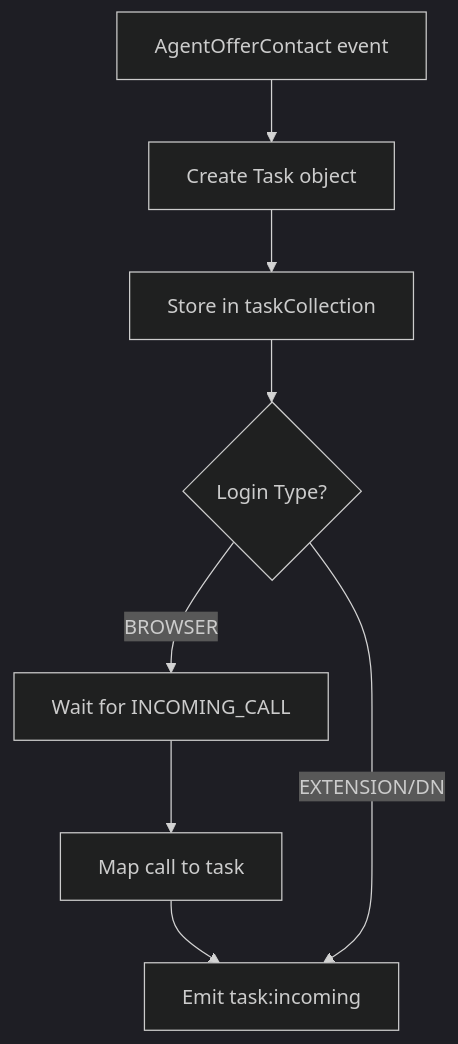
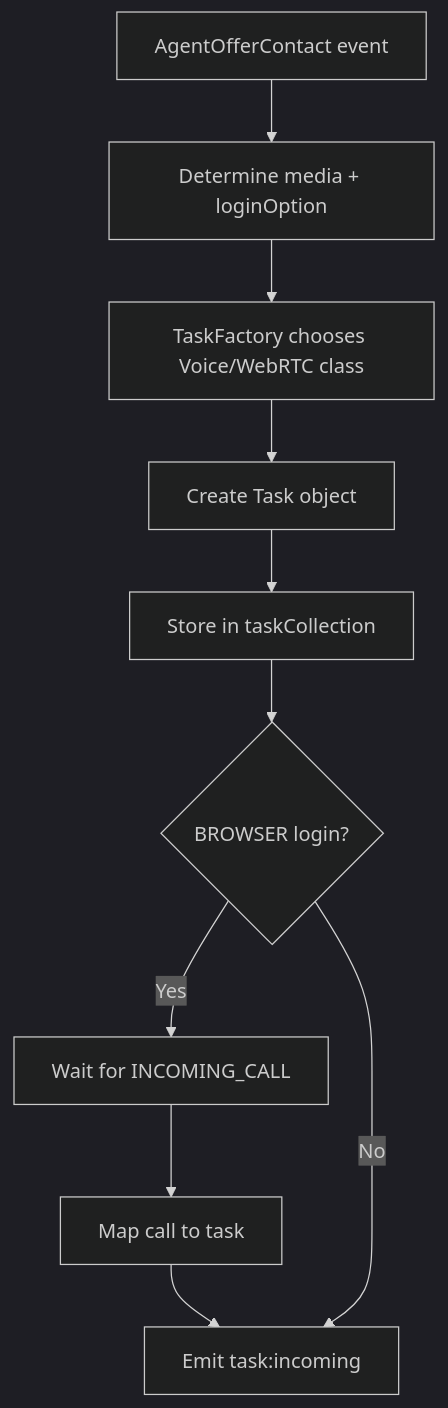
One commit to webex/webex-js-sdk changed the fourth of 4 diagrams in packages/@webex/contact-center/src/services/task/ai-docs/ARCHITECTURE.md. Above: the diagram before and after it, drawn with Mermaid (dark theme). The commit also changed other lines of this file and 3 other files, not shown here.

````diff
--- a/packages/@webex/contact-center/src/services/task/ai-docs/ARCHITECTURE.md
+++ b/packages/@webex/contact-center/src/services/task/ai-docs/ARCHITECTURE.md
@@ -371,10 +406,12 @@
 ```mermaid
 flowchart TD
-    A[AgentOfferContact event] --> B[Create Task object]
-    B --> C[Store in taskCollection]
-    C --> D{Login Type?}
-    D -->|BROWSER| E[Wait for INCOMING_CALL]
-    E --> F[Map call to task]
-    F --> G[Emit task:incoming]
-    D -->|EXTENSION/DN| G
+    A[AgentOfferContact event] --> B[Determine media + loginOption]
+    B --> C[TaskFactory chooses Voice/WebRTC class]
+    C --> D[Create Task object]
+    D --> E[Store in taskCollection]
+    E --> F{BROWSER login?}
+    F -->|Yes| G[Wait for INCOMING_CALL]
+    G --> H[Map call to task]
+    H --> I[Emit task:incoming]
+    F -->|No| I
 ```
````
